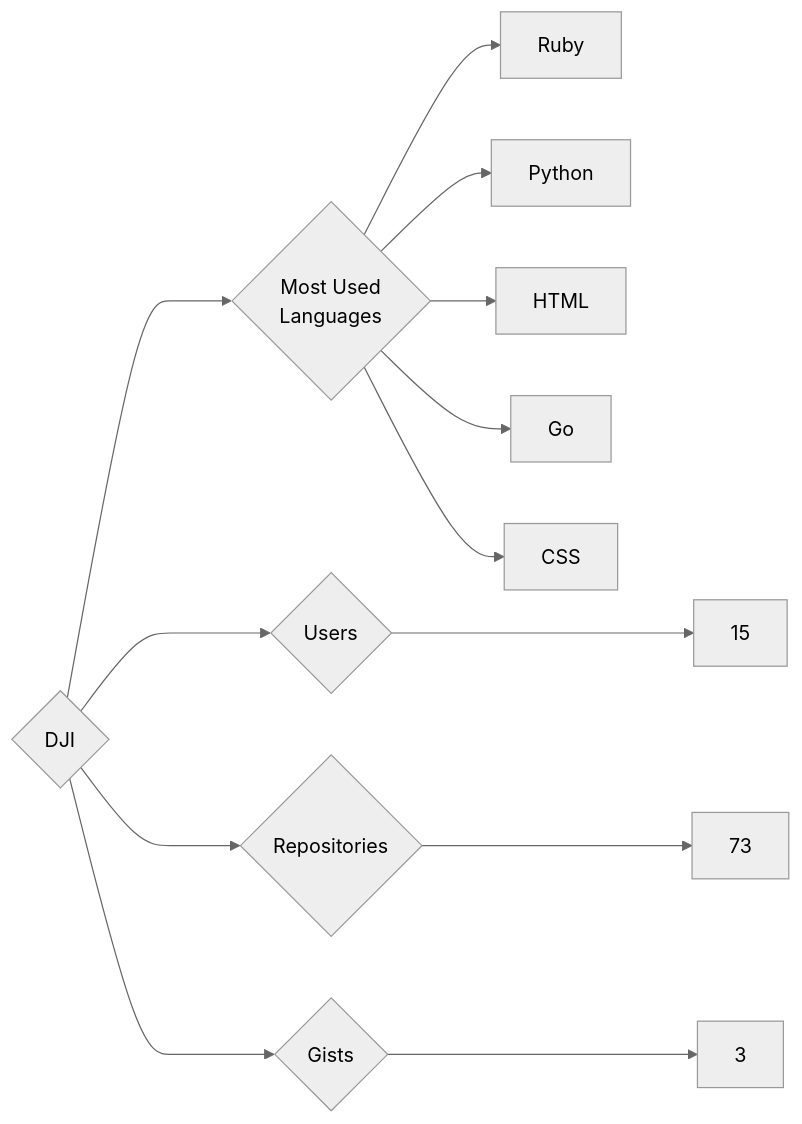
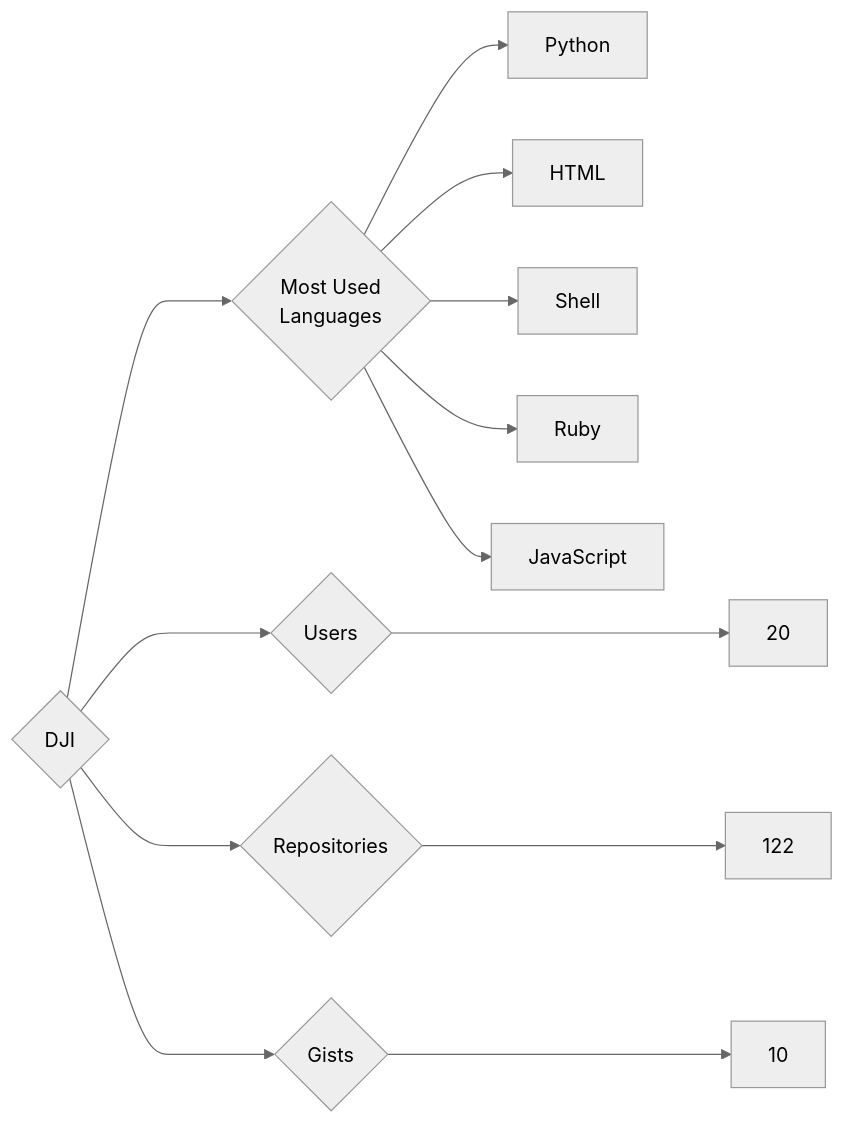
Before and after one commit to trickest/insiders: the diagram in targets/DJI/README.md, drawn with Mermaid (neutral theme). The commit also changed 895 other files, not shown here.

````diff
--- a/targets/DJI/README.md
+++ b/targets/DJI/README.md
@@ -3,13 +3,13 @@
 ```mermaid
 graph LR
 COMPANY_NAME{DJI}
-COMPANY_NAME ---> U{Users} ---> UN[15]
-COMPANY_NAME ---> R{Repositories} ---> RN[73]
-COMPANY_NAME ---> G{Gists} ---> GN[3]
+COMPANY_NAME ---> U{Users} ---> UN[20]
+COMPANY_NAME ---> R{Repositories} ---> RN[122]
+COMPANY_NAME ---> G{Gists} ---> GN[10]
 COMPANY_NAME ---> ML{Most Used<br>Languages}
-ML --> Ruby[Ruby]
 ML --> Python[Python]
 ML --> HTML[HTML]
-ML --> Go[Go]
-ML --> CSS[CSS]
+ML --> Shell[Shell]
+ML --> Ruby[Ruby]
+ML --> JavaScript[JavaScript]
 ```
````
